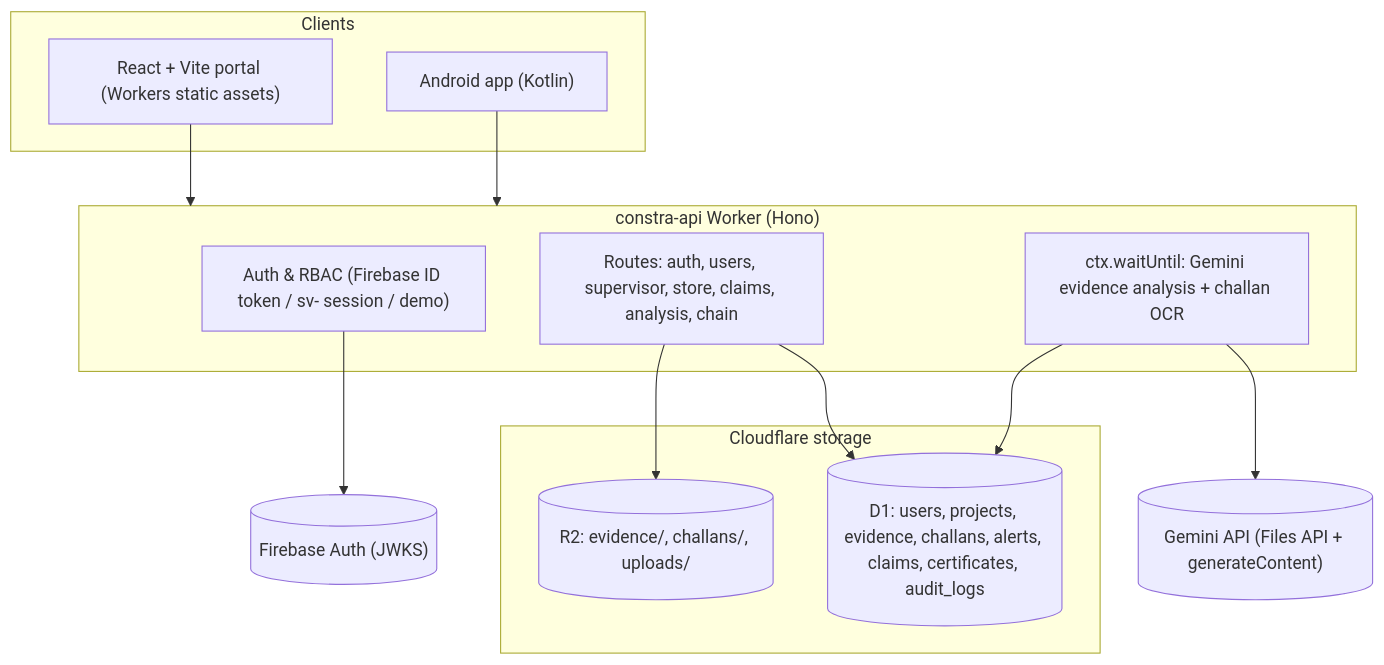
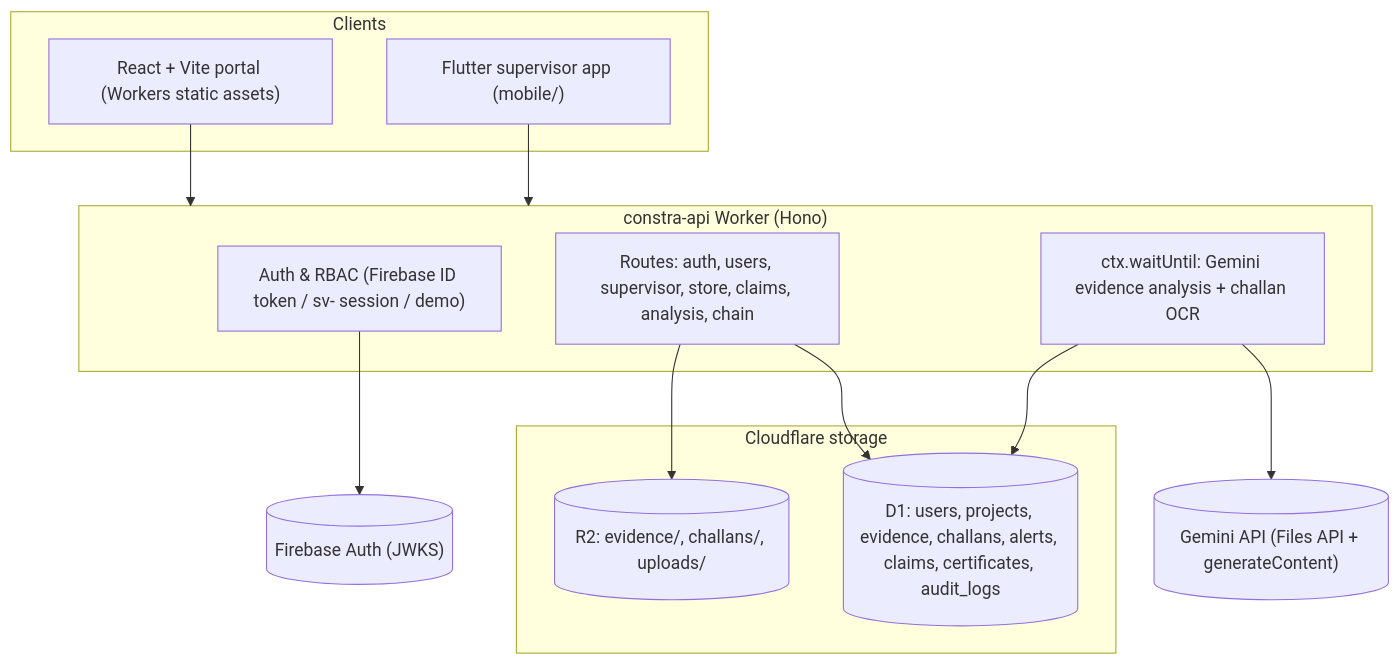
One commit to Pranavms09/CONSTRA changed the first of 2 diagrams in README.md. Above: the diagram before and after it, drawn with Mermaid. The commit also changed other lines of this file and 117 other files, not shown here.

````diff
--- a/README.md
+++ b/README.md
@@ -74,29 +74,29 @@
 ```mermaid
 flowchart TD
     subgraph Clients["Clients"]
         WEB["React + Vite portal (Workers static assets)"]
-        APP["Android app (Kotlin)"]
+        APP["Flutter supervisor app (mobile/)"]
     end
 
     subgraph API["constra-api Worker (Hono)"]
         Auth["Auth & RBAC (Firebase ID token / sv- session / demo)"]
         Routes["Routes: auth, users, supervisor, store, claims, analysis, chain"]
         BG["ctx.waitUntil: Gemini evidence analysis + challan OCR"]
     end
 
     subgraph CF["Cloudflare storage"]
         D1[("D1: users, projects, evidence, challans, alerts, claims, certificates, audit_logs")]
         R2[("R2: evidence/, challans/, uploads/")]
     end
 
     Firebase[("Firebase Auth (JWKS)")]
     Gemini[("Gemini API (Files API + generateContent)")]
 
     WEB --> API
     APP --> API
     Auth --> Firebase
     Routes --> D1
     Routes --> R2
     BG --> Gemini
     BG --> D1
 ```
````
